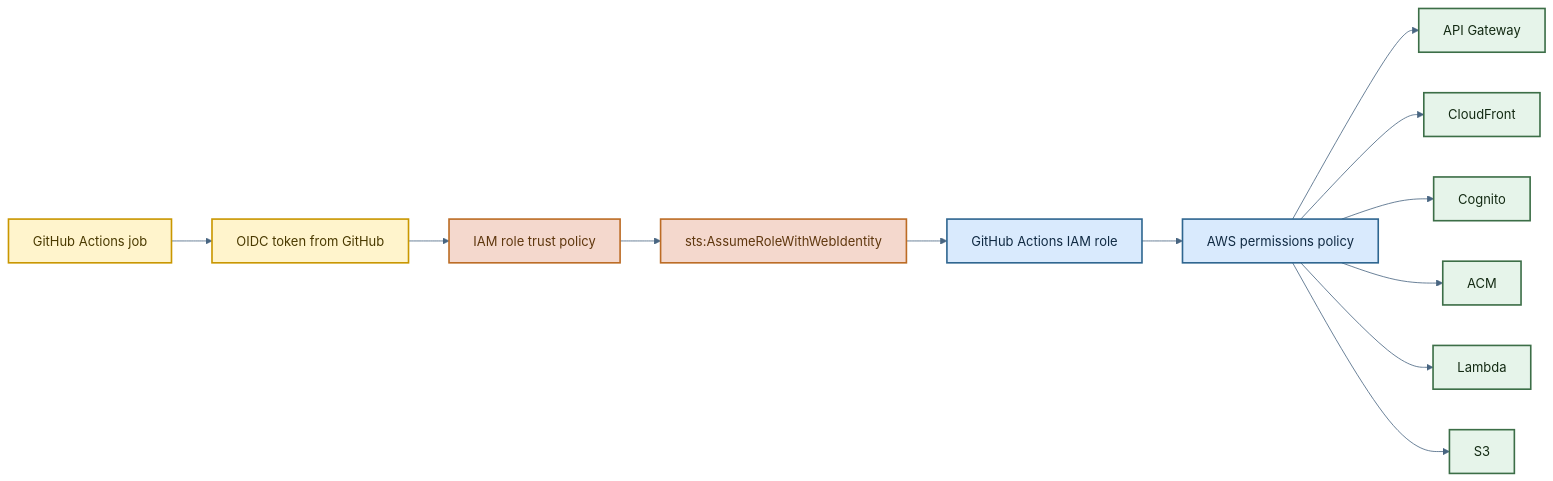
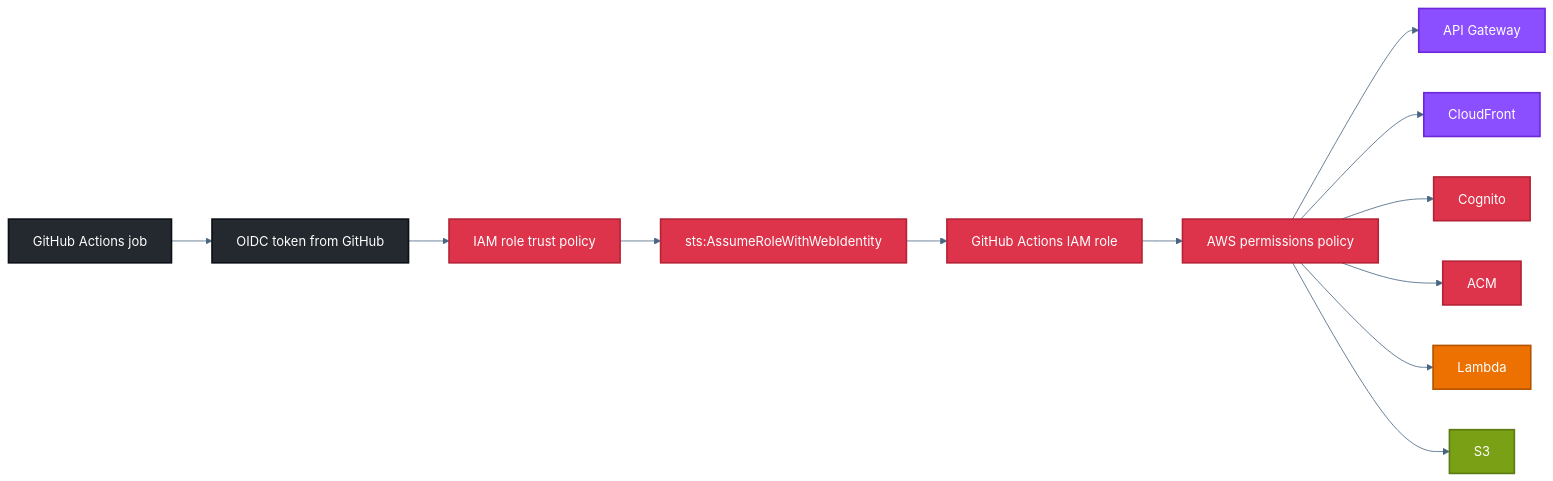
The first of 2 diagrams in infra/modules/github-actions-auth/README.md (reiganarmstrong/check-split-mono), drawn with Mermaid before and after one commit. The commit also changed other lines of this file and 9 other files, not shown here.

First line of the commit message:
docs(readme): align architecture diagrams and hosting docs

````diff
--- a/infra/modules/github-actions-auth/README.md
+++ b/infra/modules/github-actions-auth/README.md
@@ -26,35 +26,43 @@
 ```mermaid
 ---
 config:
   theme: base
   themeVariables:
     primaryColor: "#D9EAFD"
     primaryTextColor: "#102A43"
     primaryBorderColor: "#2F6690"
     lineColor: "#486581"
     secondaryColor: "#E6F4EA"
     tertiaryColor: "#FFF4CC"
 ---
 flowchart LR
   G["GitHub Actions job"] --> T["OIDC token from GitHub"]
   T --> R["IAM role trust policy"]
   R --> S["sts:AssumeRoleWithWebIdentity"]
   S --> I["GitHub Actions IAM role"]
   I --> A["AWS permissions policy"]
   A --> AG["API Gateway"]
   A --> CF["CloudFront"]
   A --> C["Cognito"]
   A --> ACM["ACM"]
   A --> L["Lambda"]
   A --> S3["S3"]
 
-  classDef ci fill:#FFF4CC,stroke:#C99700,color:#4A3A00,stroke-width:2px;
-  classDef trust fill:#F4D8CD,stroke:#BC6C25,color:#5F370E,stroke-width:2px;
-  classDef iam fill:#D9EAFD,stroke:#2F6690,color:#102A43,stroke-width:2px;
-  classDef aws fill:#E6F4EA,stroke:#3C6E47,color:#132A13,stroke-width:2px;
+  classDef github fill:#24292F,stroke:#0D1117,color:#FFFFFF,stroke-width:2px;
+  classDef iam fill:#DD344C,stroke:#B42336,color:#FFFFFF,stroke-width:2px;
+  classDef apiGateway fill:#8C4FFF,stroke:#6D28D9,color:#FFFFFF,stroke-width:2px;
+  classDef cloudfront fill:#8C4FFF,stroke:#6D28D9,color:#FFFFFF,stroke-width:2px;
+  classDef cognito fill:#DD344C,stroke:#B42336,color:#FFFFFF,stroke-width:2px;
+  classDef acm fill:#DD344C,stroke:#B42336,color:#FFFFFF,stroke-width:2px;
+  classDef lambda fill:#ED7100,stroke:#B55400,color:#FFFFFF,stroke-width:2px;
+  classDef s3 fill:#7AA116,stroke:#5B7A10,color:#FFFFFF,stroke-width:2px;
 
-  class G,T ci;
-  class R,S trust;
-  class I,A iam;
-  class AG,CF,C,ACM,L,S3 aws;
+  class G,T github;
+  class R,S,I,A iam;
+  class AG apiGateway;
+  class CF cloudfront;
+  class C cognito;
+  class ACM acm;
+  class L lambda;
+  class S3 s3;
 ```
````
